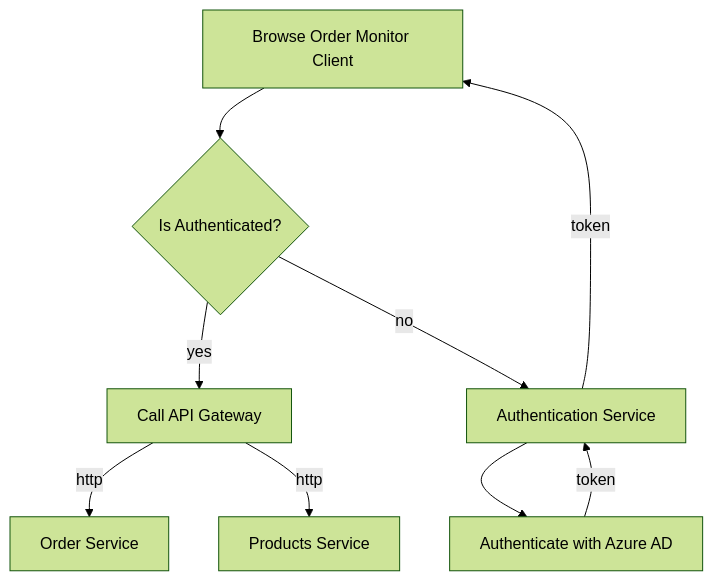
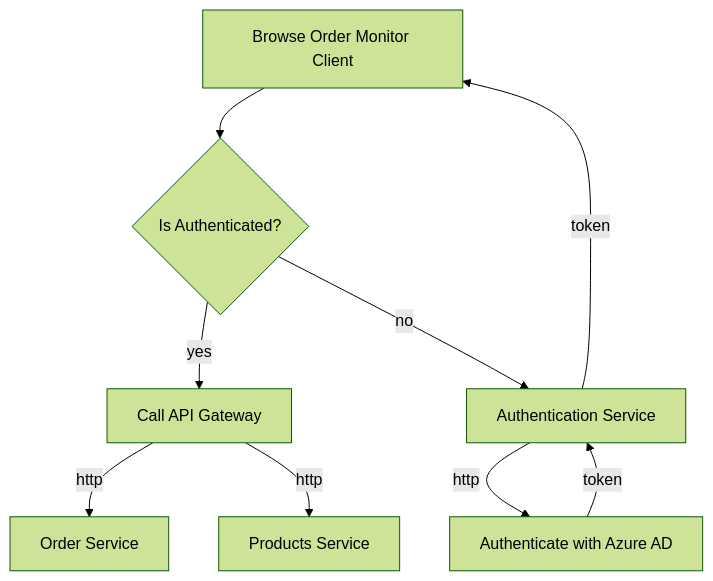
The first of 2 diagrams in README.md (thinktecture-labs/cloud-native-sample), drawn with Mermaid (forest theme) before and after one commit.

Commit message:
docs: add http for authn - aad

````diff
--- a/README.md
+++ b/README.md
@@ -11,12 +11,12 @@
 ```mermaid
 flowchart TD
 
     A[Browse Order Monitor Client] --> B{Is Authenticated?};
     B -- yes --> F[Call API Gateway];
     B -- no --> D[Authentication Service];
-    D --> E[Authenticate with Azure AD];
+    D -- http --> E[Authenticate with Azure AD];
     E -- token --> D;
     D -- token --> A;
     F -- http --> G[Order Service]
     F -- http --> H[Products Service]
 ```
````
